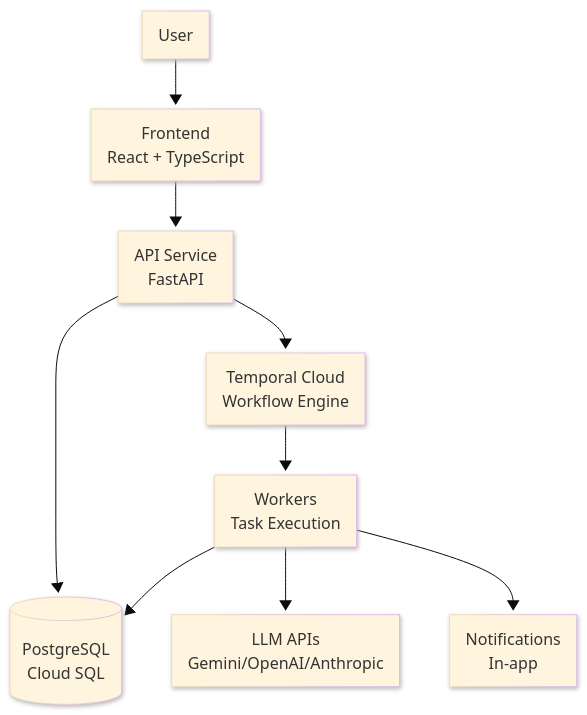
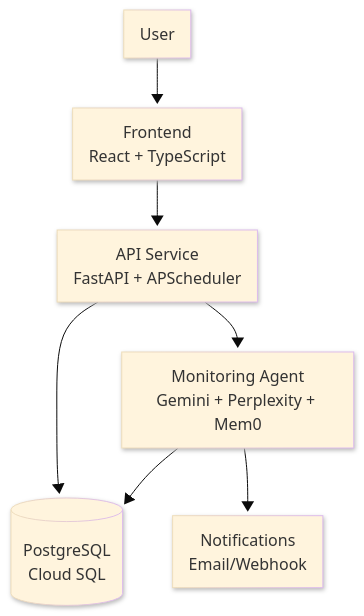
The diagram in docs-site/self-hosted/architecture.md (prassanna-ravishankar/torale), drawn with Mermaid before and after one commit. The commit also changed other lines of this file and 204 other files, not shown here.

First line of the commit message:
feat: replace Temporal + Gemini pipeline with APScheduler + torale-agent (#136)

````diff
--- a/docs-site/self-hosted/architecture.md
+++ b/docs-site/self-hosted/architecture.md
@@ -7,25 +7,21 @@
 ```mermaid
 ---
 config:
   look: neo
   theme: base
 ---
 flowchart TB
     User[User]
     Frontend[Frontend<br/>React + TypeScript]
-    API[API Service<br/>FastAPI]
+    API[API Service<br/>FastAPI + APScheduler]
     DB[(PostgreSQL<br/>Cloud SQL)]
-    Temporal[Temporal Cloud<br/>Workflow Engine]
-    Workers[Workers<br/>Task Execution]
-    LLM[LLM APIs<br/>Gemini/OpenAI/Anthropic]
-    Notif[Notifications<br/>In-app]
+    Agent[Monitoring Agent<br/>Gemini + Perplexity + Mem0]
+    Notif[Notifications<br/>Email/Webhook]
 
     User --> Frontend
     Frontend --> API
     API --> DB
-    API --> Temporal
-    Temporal --> Workers
-    Workers --> LLM
-    Workers --> Notif
-    Workers --> DB
+    API --> Agent
+    Agent --> Notif
+    Agent --> DB
 ```
````
